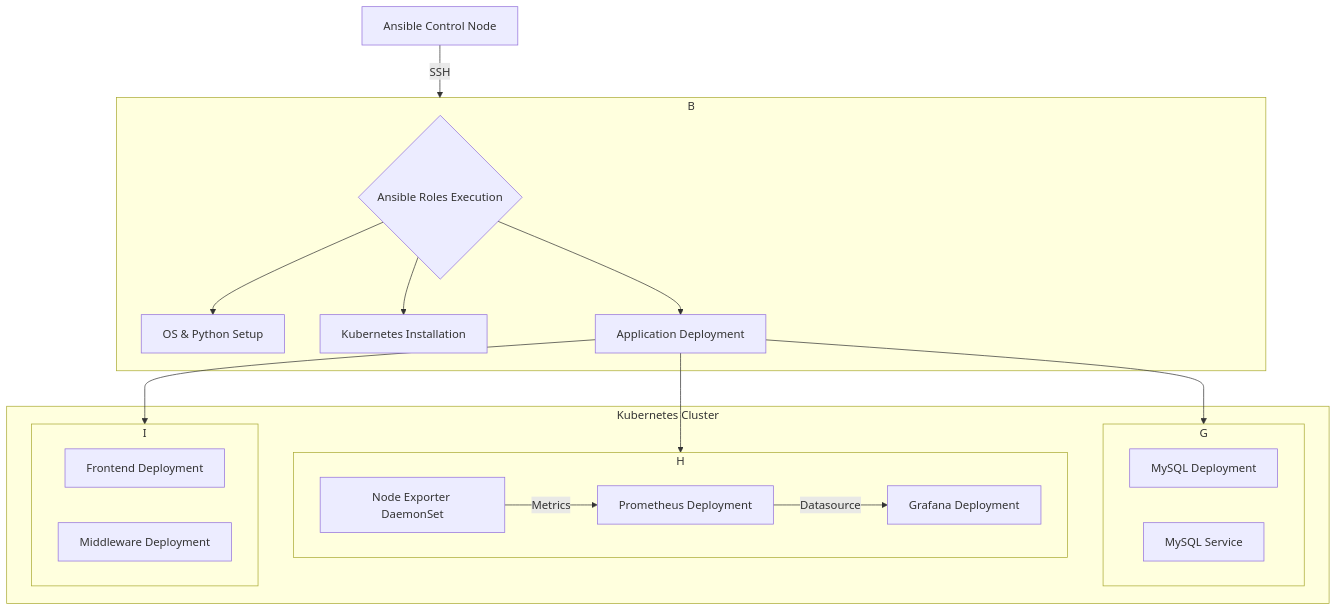
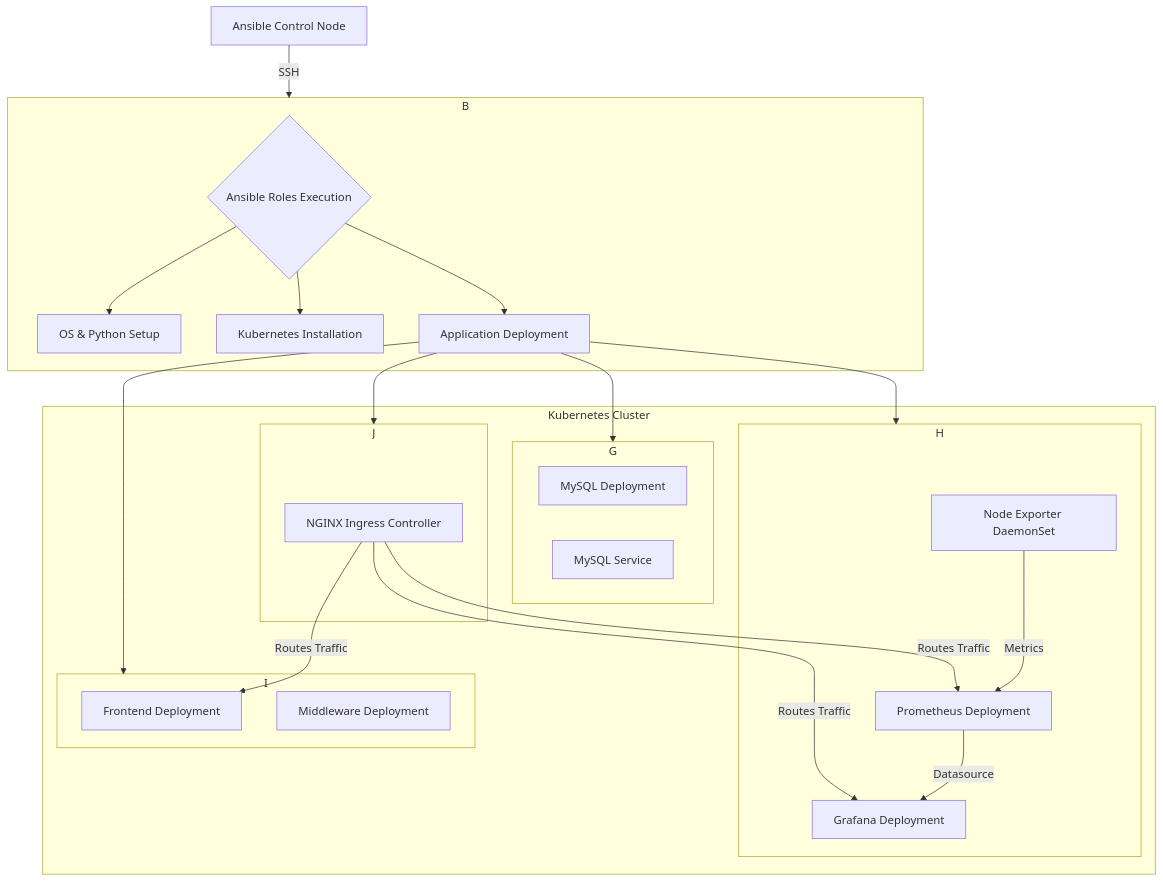
One commit to Pratikdh45/sdv-setup changed the diagram in documentation.md. Above: the diagram before and after it, drawn with Mermaid. The commit also changed other lines of this file, not shown here.

````diff
--- a/documentation.md
+++ b/documentation.md
@@ -9,40 +9,50 @@
 ```mermaid
 graph TD
     A[Ansible Control Node] -->|SSH| B(Target VM / Server);
 
     subgraph B
         C{Ansible Roles Execution};
         C --> D[OS & Python Setup];
         C --> E[Kubernetes Installation];
         C --> F[Application Deployment];
     end
 
     subgraph Kubernetes Cluster
         G[Namespace: sdv];
         H[Namespace: monitoring];
         I[Namespace: midware];
+        J[Namespace: ingress-nginx]
     end
 
     F --> G;
     F --> H;
     F --> I;
+    F --> J;
 
     subgraph G
-        J[MySQL Deployment];
-        K[MySQL Service];
+        K[MySQL Deployment];
+        L[MySQL Service];
     end
 
     subgraph H
-        L[Prometheus Deployment];
-        M[Grafana Deployment];
-        N[Node Exporter DaemonSet];
+        M[Prometheus Deployment];
+        N[Grafana Deployment];
+        O[Node Exporter DaemonSet];
     end
 
     subgraph I
-        O[Frontend Deployment];
-        P[Middleware Deployment];
+        P[Frontend Deployment];
+        Q[Middleware Deployment];
     end
 
-    N -- Metrics --> L;
-    L -- Datasource --> M;
+    subgraph J
+        R[NGINX Ingress Controller];
+    end
+
+    O -- Metrics --> M;
+    M -- Datasource --> N;
+    R -- Routes Traffic --> P;
+    R -- Routes Traffic --> N;
+    R -- Routes Traffic --> M;
+
 ```
````
